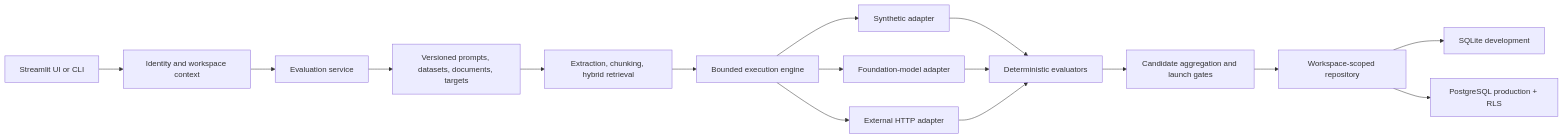
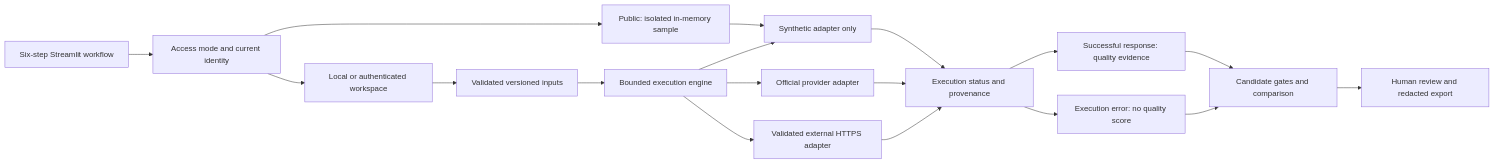
One commit to AryanS313/ai-reliability-studio changed the diagram in docs/ARCHITECTURE.md. Above: the diagram before and after it, drawn with Mermaid. The commit also changed other lines of this file and 78 other files, not shown here.

Commit message:
Build secure design-partner release workflow with readable evidence

````diff
--- a/docs/ARCHITECTURE.md
+++ b/docs/ARCHITECTURE.md
@@ -7,18 +9,20 @@
 ```mermaid
 flowchart LR
-  UI["Streamlit UI or CLI"] --> AUTH["Identity and workspace context"]
-  AUTH --> SVC["Evaluation service"]
-  SVC --> DATA["Versioned prompts, datasets, documents, targets"]
-  DATA --> RET["Extraction, chunking, hybrid retrieval"]
-  RET --> ENG["Bounded execution engine"]
-  ENG --> MOCK["Synthetic adapter"]
-  ENG --> FM["Foundation-model adapter"]
-  ENG --> API["External HTTP adapter"]
-  MOCK --> SCORE["Deterministic evaluators"]
-  FM --> SCORE
-  API --> SCORE
-  SCORE --> GATE["Candidate aggregation and launch gates"]
-  GATE --> STORE["Workspace-scoped repository"]
-  STORE --> SQLITE["SQLite development"]
-  STORE --> PG["PostgreSQL production + RLS"]
+    UI["Six-step Streamlit workflow"] --> MODE["Access mode and current identity"]
+    MODE --> DEMO["Public: isolated in-memory sample"]
+    MODE --> PRIVATE["Local or authenticated workspace"]
+    DEMO --> SYN["Synthetic adapter only"]
+    PRIVATE --> INPUT["Validated versioned inputs"]
+    INPUT --> ENGINE["Bounded execution engine"]
+    ENGINE --> SYN
+    ENGINE --> FM["Official provider adapter"]
+    ENGINE --> HTTP["Validated external HTTPS adapter"]
+    SYN --> STATUS["Execution status and provenance"]
+    FM --> STATUS
+    HTTP --> STATUS
+    STATUS --> SUCCESS["Successful response: quality evidence"]
+    STATUS --> ERROR["Execution error: no quality score"]
+    SUCCESS --> GATES["Candidate gates and comparison"]
+    ERROR --> GATES
+    GATES --> REVIEW["Human review and redacted export"]
 ```
````
